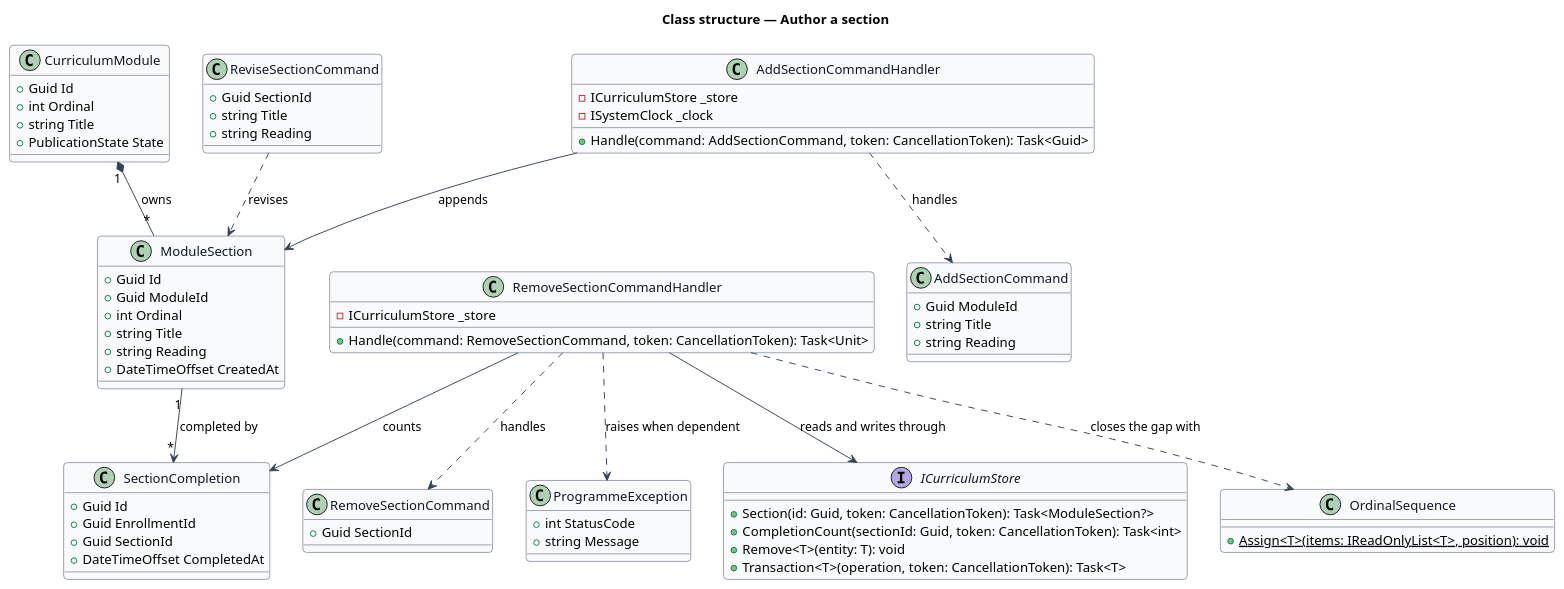
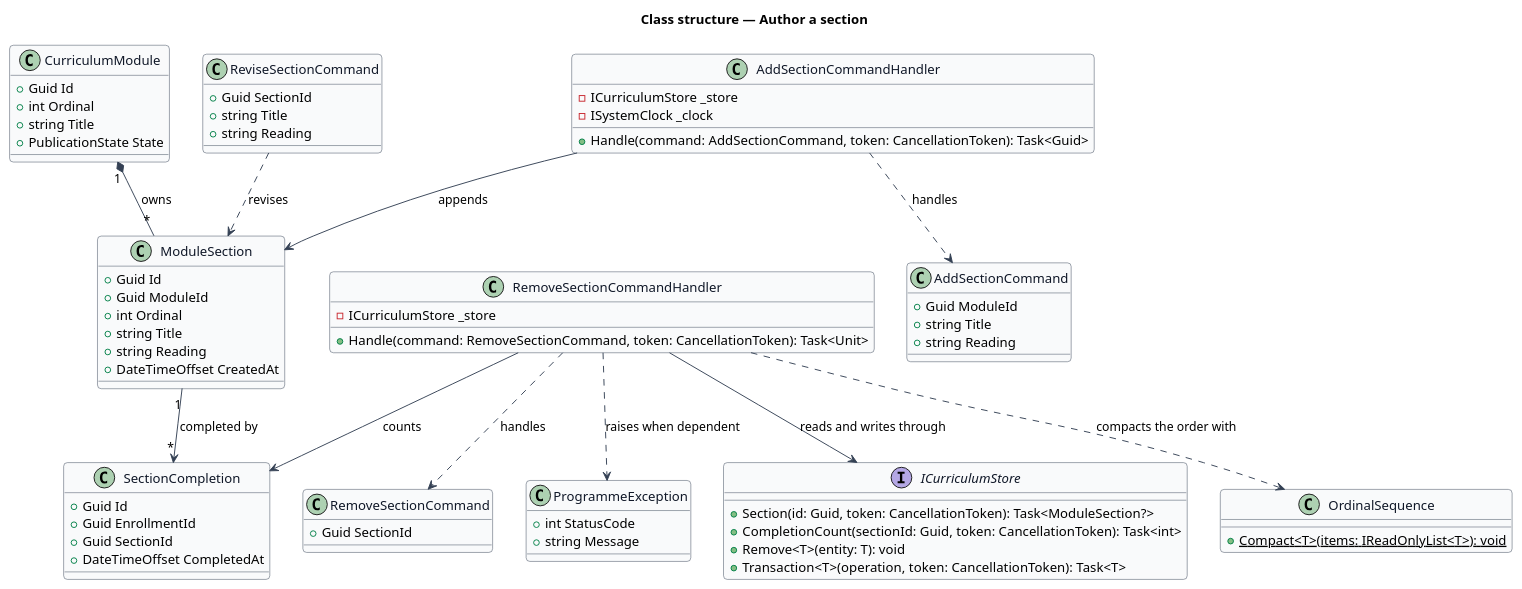
One commit to QuinntyneBrown/quinntyne-brown-stewardship changed the diagram in docs/detailed-designs/administration/author-section/diagrams/class-structure.puml. Above: the diagram before and after it, drawn with PlantUML. The commit also changed 8 other files, not shown here.

```diff
--- a/docs/detailed-designs/administration/author-section/diagrams/class-structure.puml
+++ b/docs/detailed-designs/administration/author-section/diagrams/class-structure.puml
@@ -1,90 +1,90 @@
 @startuml
 skinparam backgroundColor #FFFFFF
 skinparam shadowing false
 skinparam roundcorner 8
 skinparam defaultFontName Arial
 skinparam ArrowColor #344054
 skinparam class {
   BorderColor #344054
   FontColor #101828
   BackgroundColor #F9FAFB
 }
 title Class structure — Author a section
 
 class CurriculumModule {
   +Guid Id
   +int Ordinal
   +string Title
   +PublicationState State
 }
 
 class ModuleSection {
   +Guid Id
   +Guid ModuleId
   +int Ordinal
   +string Title
   +string Reading
   +DateTimeOffset CreatedAt
 }
 
 class SectionCompletion {
   +Guid Id
   +Guid EnrollmentId
   +Guid SectionId
   +DateTimeOffset CompletedAt
 }
 
 class AddSectionCommand {
   +Guid ModuleId
   +string Title
   +string Reading
 }
 
 class AddSectionCommandHandler {
   -ICurriculumStore _store
   -ISystemClock _clock
   +Handle(command: AddSectionCommand, token: CancellationToken): Task<Guid>
 }
 
 class ReviseSectionCommand {
   +Guid SectionId
   +string Title
   +string Reading
 }
 
 class RemoveSectionCommand {
   +Guid SectionId
 }
 
 class RemoveSectionCommandHandler {
   -ICurriculumStore _store
   +Handle(command: RemoveSectionCommand, token: CancellationToken): Task<Unit>
 }
 
 class ProgrammeException {
   +int StatusCode
   +string Message
 }
 
 interface ICurriculumStore {
   +Section(id: Guid, token: CancellationToken): Task<ModuleSection?>
   +CompletionCount(sectionId: Guid, token: CancellationToken): Task<int>
   +Remove<T>(entity: T): void
   +Transaction<T>(operation, token: CancellationToken): Task<T>
 }
 
 class OrdinalSequence {
-  +{static} Assign<T>(items: IReadOnlyList<T>, position): void
+  +{static} Compact<T>(items: IReadOnlyList<T>): void
 }
 
 CurriculumModule "1" *-- "*" ModuleSection : owns
 ModuleSection "1" --> "*" SectionCompletion : completed by
 AddSectionCommandHandler ..> AddSectionCommand : handles
 AddSectionCommandHandler --> ModuleSection : appends
 RemoveSectionCommandHandler ..> RemoveSectionCommand : handles
 RemoveSectionCommandHandler --> SectionCompletion : counts
 RemoveSectionCommandHandler ..> ProgrammeException : raises when dependent
-RemoveSectionCommandHandler ..> OrdinalSequence : closes the gap with
+RemoveSectionCommandHandler ..> OrdinalSequence : compacts the order with
 RemoveSectionCommandHandler --> ICurriculumStore : reads and writes through
 ReviseSectionCommand ..> ModuleSection : revises
 @enduml
```
